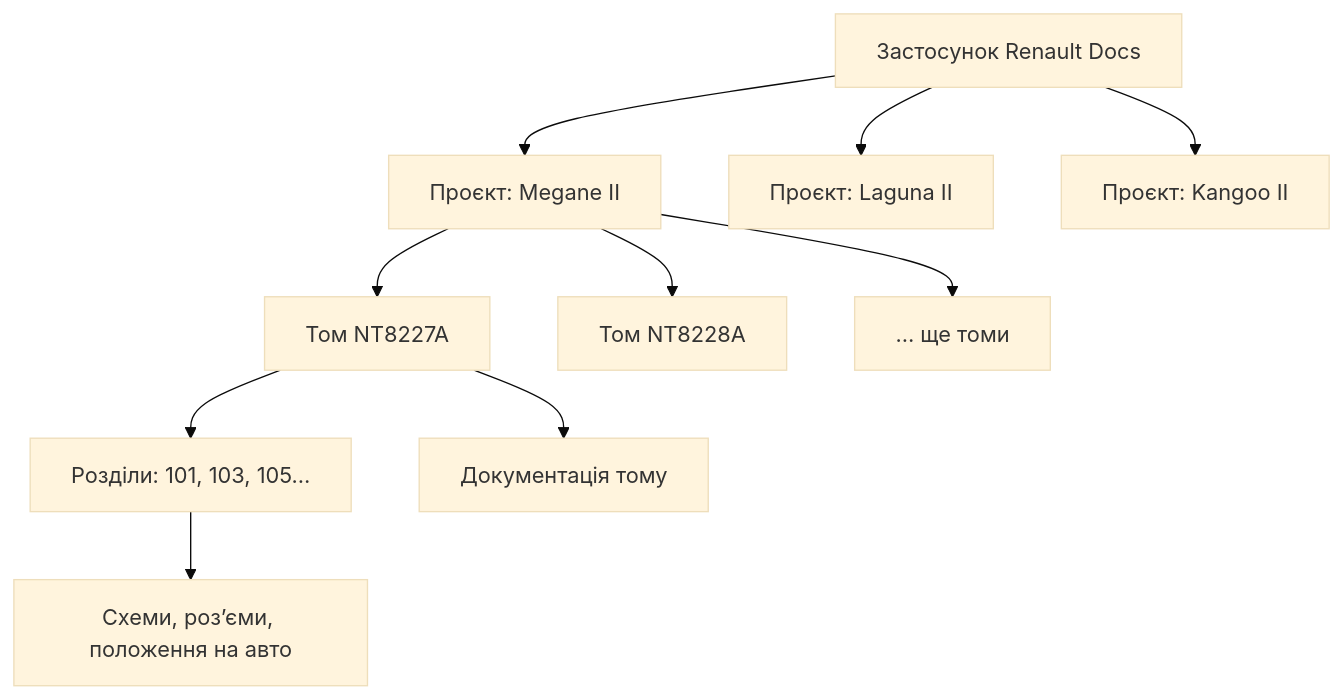
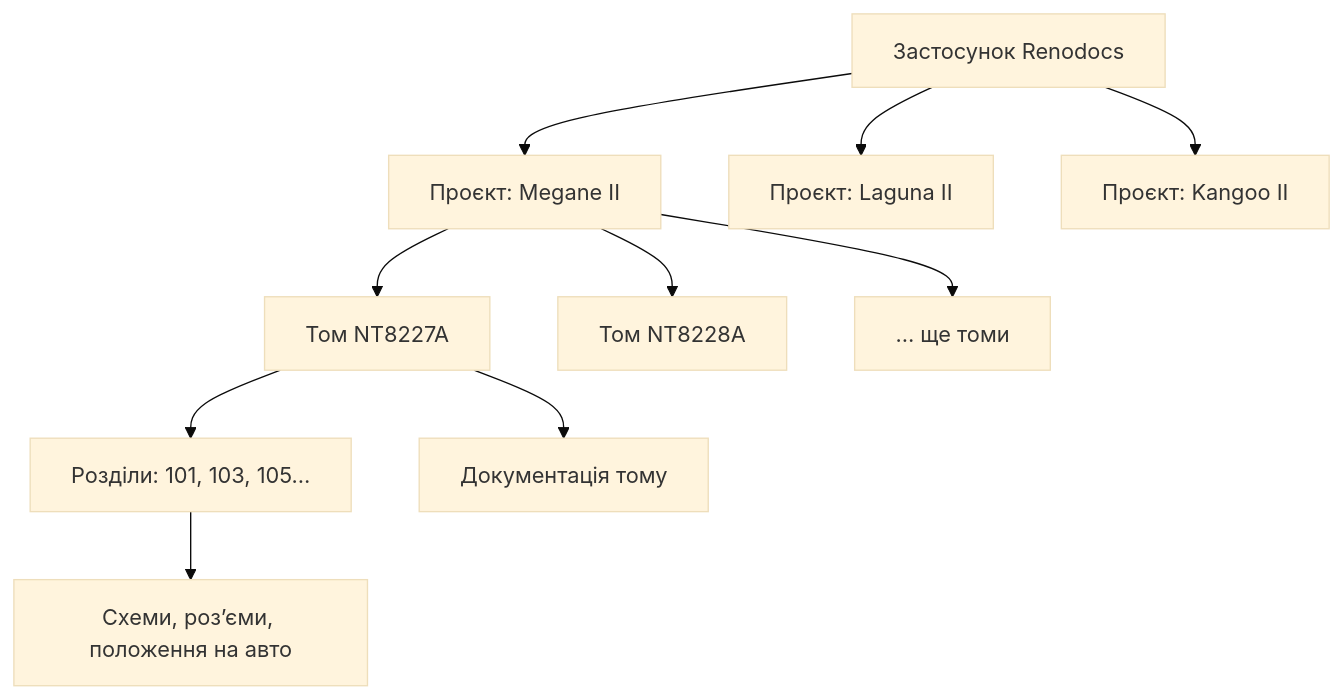
The first of 12 diagrams in docs/ua/USER_GUIDE.md (faric-ua/renault-docs-android), drawn with Mermaid (base theme) before and after one commit. The commit also changed other lines of this file and 48 other files, not shown here.

First line of the commit message:
feat: Renodocs 0.6.0 — separate app (com.saney.renodocs) beside Renault Docs 0.5.153 (#434)

````diff
--- a/docs/ua/USER_GUIDE.md
+++ b/docs/ua/USER_GUIDE.md
@@ -33,12 +33,12 @@
 ```mermaid
 flowchart TD
-    A["Застосунок Renault Docs"] --> P1["Проєкт: Megane II"]
+    A["Застосунок Renodocs"] --> P1["Проєкт: Megane II"]
     A --> P2["Проєкт: Laguna II"]
     A --> P3["Проєкт: Kangoo II"]
     P1 --> V1["Том NT8227A"]
     P1 --> V2["Том NT8228A"]
     P1 --> V3["… ще томи"]
     V1 --> R["Розділи: 101, 103, 105…"]
     V1 --> D["Документація тому"]
     R --> X["Схеми, розʼєми, положення на авто"]
 ```
````
